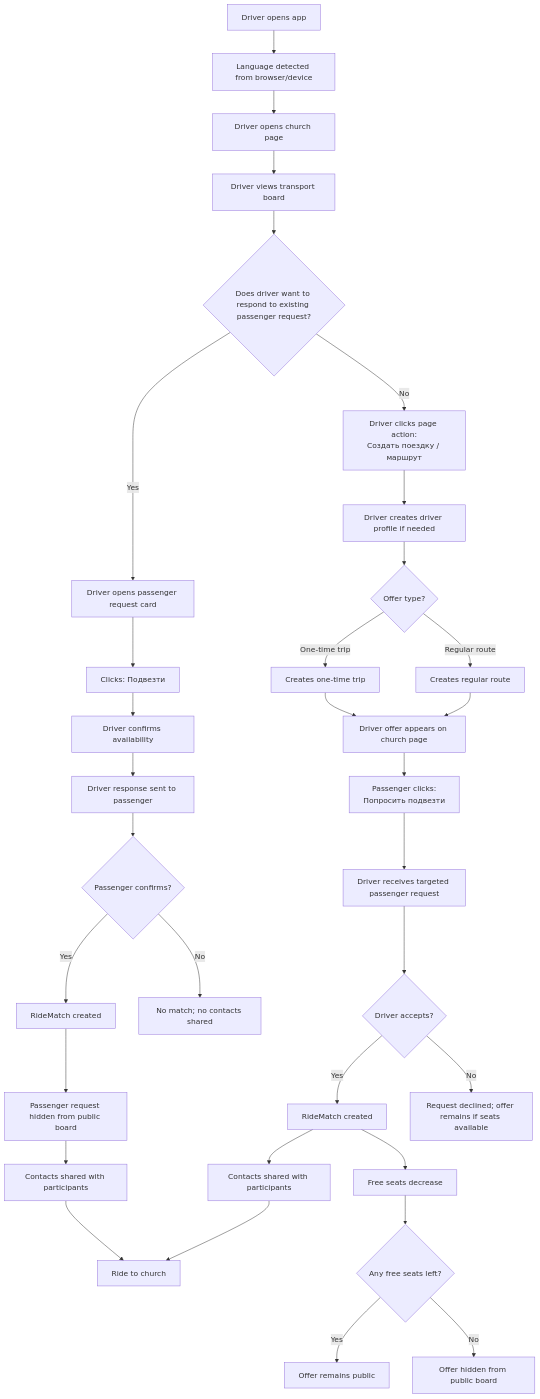
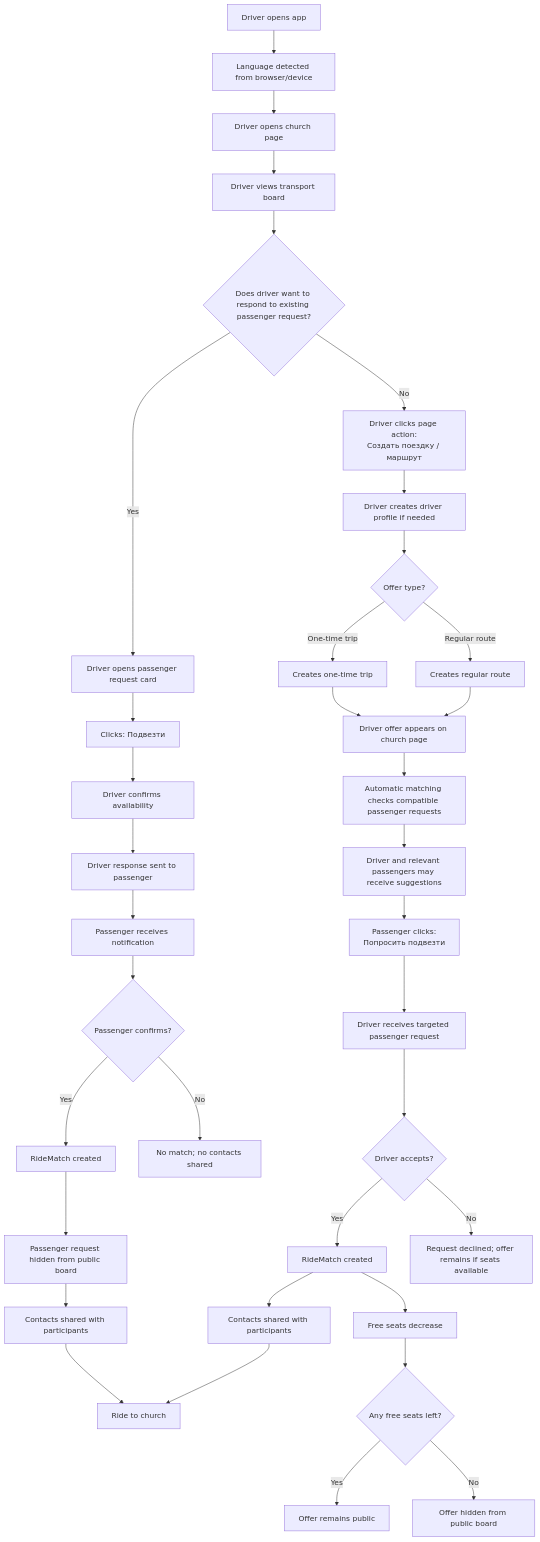
One commit to Agafanail/orthodox-routes changed the fourth of 11 diagrams in docs/PROJECT_MAP.md. Above: the diagram before and after it, drawn with Mermaid. The commit also changed other lines of this file and 3 other files, not shown here.

Commit message:
Add matching and notification concept

````diff
--- a/docs/PROJECT_MAP.md
+++ b/docs/PROJECT_MAP.md
@@ -125,39 +128,42 @@
 ```mermaid
 flowchart TD
     D0["Driver opens app"] --> D1["Language detected from browser/device"]
     D1 --> D2["Driver opens church page"]
     D2 --> D3["Driver views transport board"]
 
     D3 --> A{"Does driver want to respond to existing passenger request?"}
 
     A -->|Yes| A1["Driver opens passenger request card"]
     A1 --> A2["Clicks: Подвезти"]
     A2 --> A3["Driver confirms availability"]
     A3 --> A4["Driver response sent to passenger"]
-    A4 --> A5{"Passenger confirms?"}
+    A4 --> A4N["Passenger receives notification"]
+    A4N --> A5{"Passenger confirms?"}
     A5 -->|Yes| A6["RideMatch created"]
     A6 --> A7["Passenger request hidden from public board"]
     A7 --> A8["Contacts shared with participants"]
     A8 --> A9["Ride to church"]
     A5 -->|No| A10["No match; no contacts shared"]
 
     A -->|No| B1["Driver clicks page action:<br/>Создать поездку / маршрут"]
     B1 --> B2["Driver creates driver profile if needed"]
     B2 --> B3{"Offer type?"}
     B3 -->|One-time trip| B4["Creates one-time trip"]
     B3 -->|Regular route| B5["Creates regular route"]
     B4 --> B6["Driver offer appears on church page"]
     B5 --> B6
+    B6 --> B6M["Automatic matching checks compatible passenger requests"]
+    B6M --> B6N["Driver and relevant passengers may receive suggestions"]
 
-    B6 --> B7["Passenger clicks:<br/>Попросить подвезти"]
+    B6N --> B7["Passenger clicks:<br/>Попросить подвезти"]
     B7 --> B8["Driver receives targeted passenger request"]
     B8 --> B9{"Driver accepts?"}
     B9 -->|Yes| B10["RideMatch created"]
     B10 --> B11["Free seats decrease"]
     B11 --> B12{"Any free seats left?"}
     B12 -->|Yes| B13["Offer remains public"]
     B12 -->|No| B14["Offer hidden from public board"]
     B10 --> B15["Contacts shared with participants"]
     B15 --> A9
     B9 -->|No| B16["Request declined; offer remains if seats available"]
 ```
````
